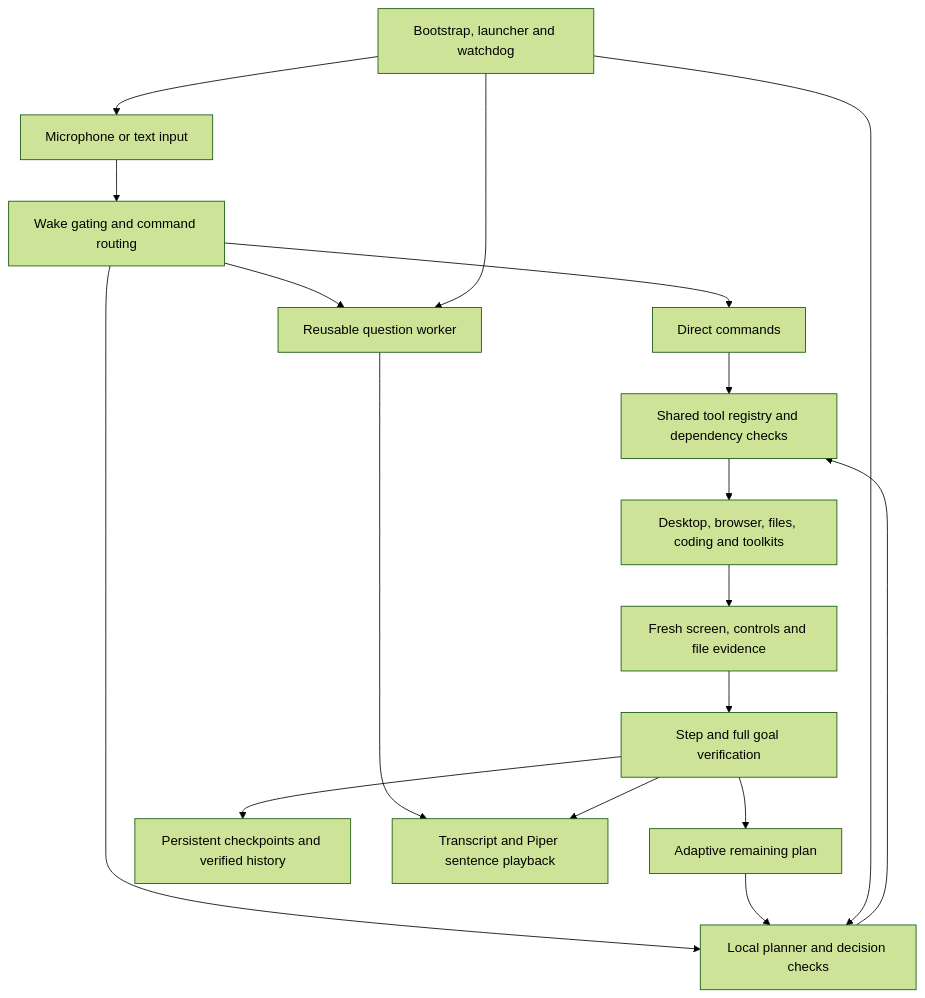
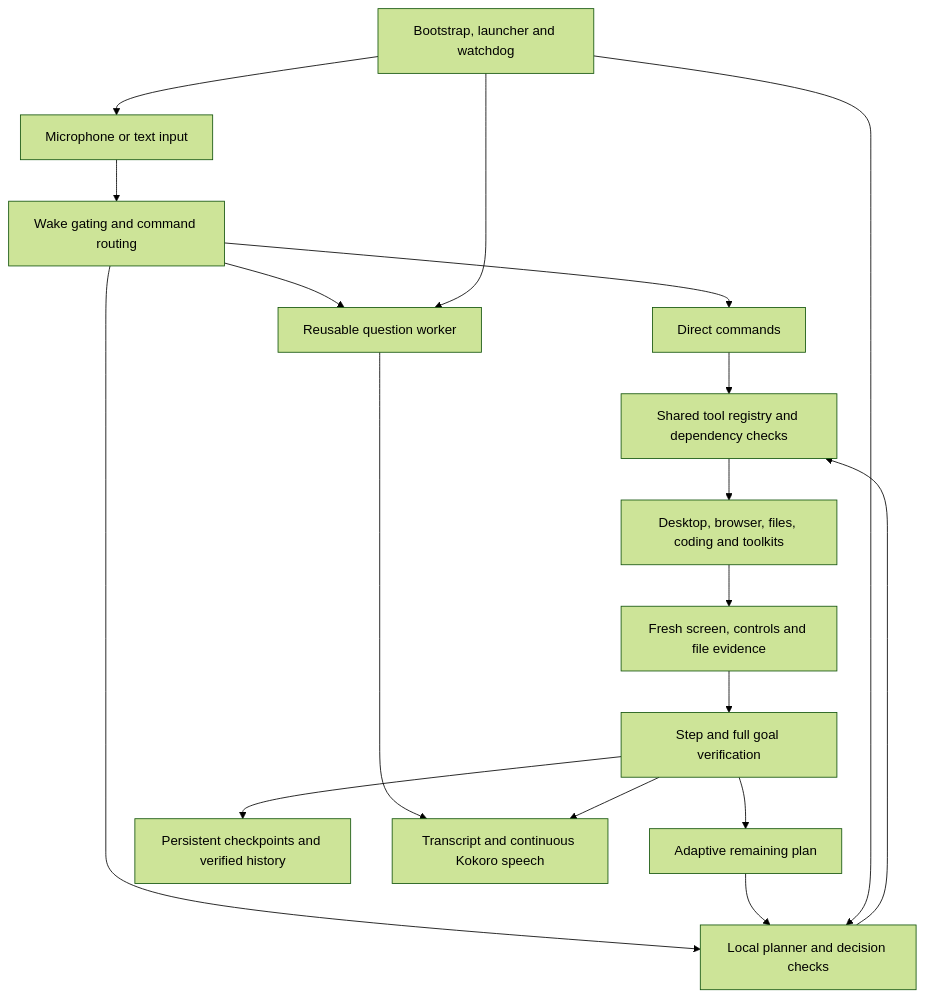
Before and after one commit to kunalvaghani/Jarvis: the diagram in InsTAREELS/README.md, drawn with Mermaid (forest theme). The commit also changed other lines of this file and 350 other files, not shown here.

````diff
--- a/InsTAREELS/README.md
+++ b/InsTAREELS/README.md
@@ -416,20 +505,20 @@
 ```mermaid
 flowchart TD
     Input[Microphone or text input] --> Route[Wake gating and command routing]
     Route --> Direct[Direct commands]
     Route --> Brain[Local planner and decision checks]
     Route --> Questions[Reusable question worker]
     Brain --> Registry[Shared tool registry and dependency checks]
     Direct --> Registry
     Registry --> Actions[Desktop, browser, files, coding and toolkits]
     Actions --> Observe[Fresh screen, controls and file evidence]
     Observe --> Verify[Step and full goal verification]
     Verify --> Replan[Adaptive remaining plan]
     Replan --> Brain
     Verify --> Journal[Persistent checkpoints and verified history]
-    Questions --> Reply[Transcript and Piper sentence playback]
+    Questions --> Reply[Transcript and continuous Kokoro speech]
     Verify --> Reply
     Supervisor[Bootstrap, launcher and watchdog] --> Brain
     Supervisor --> Questions
     Supervisor --> Input
 ```
````
